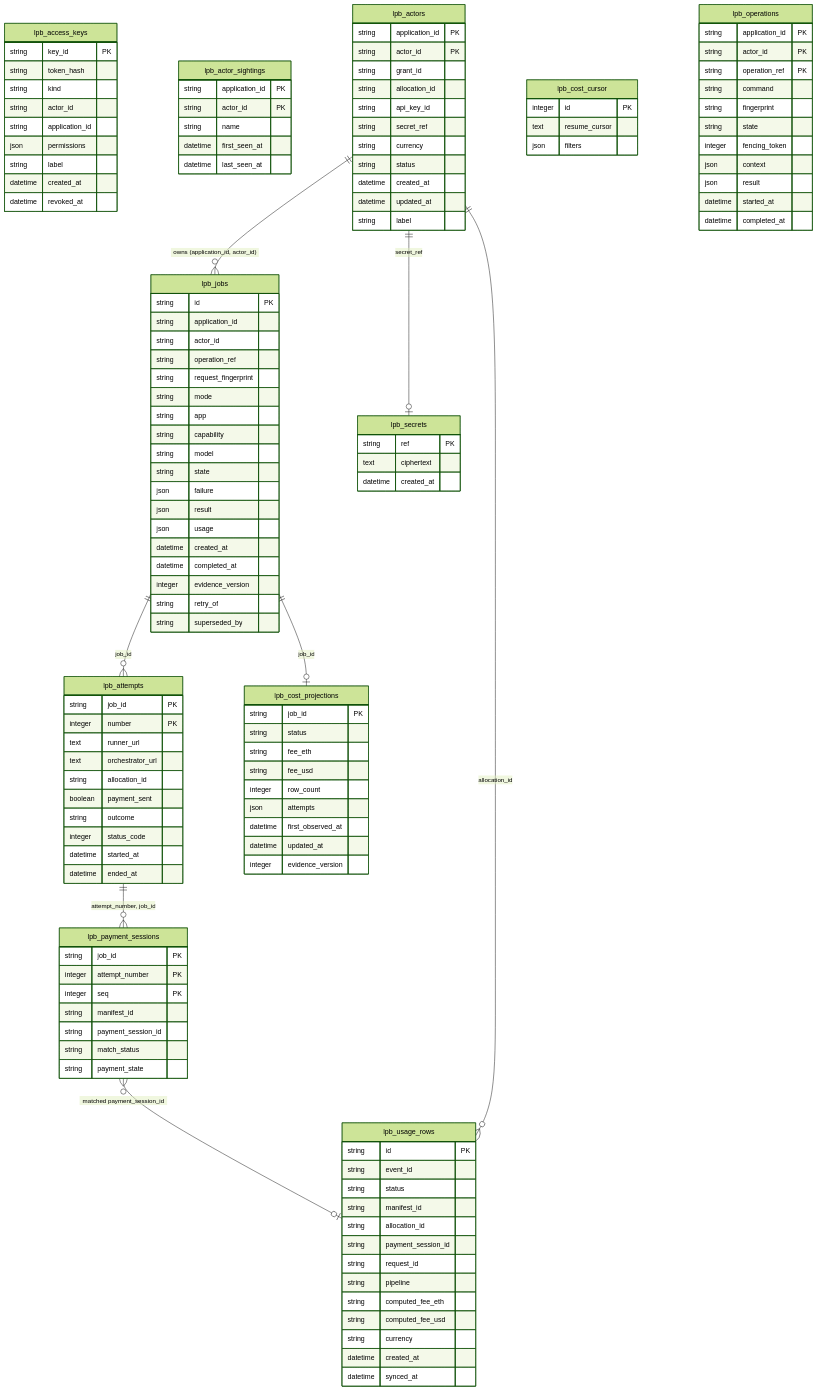
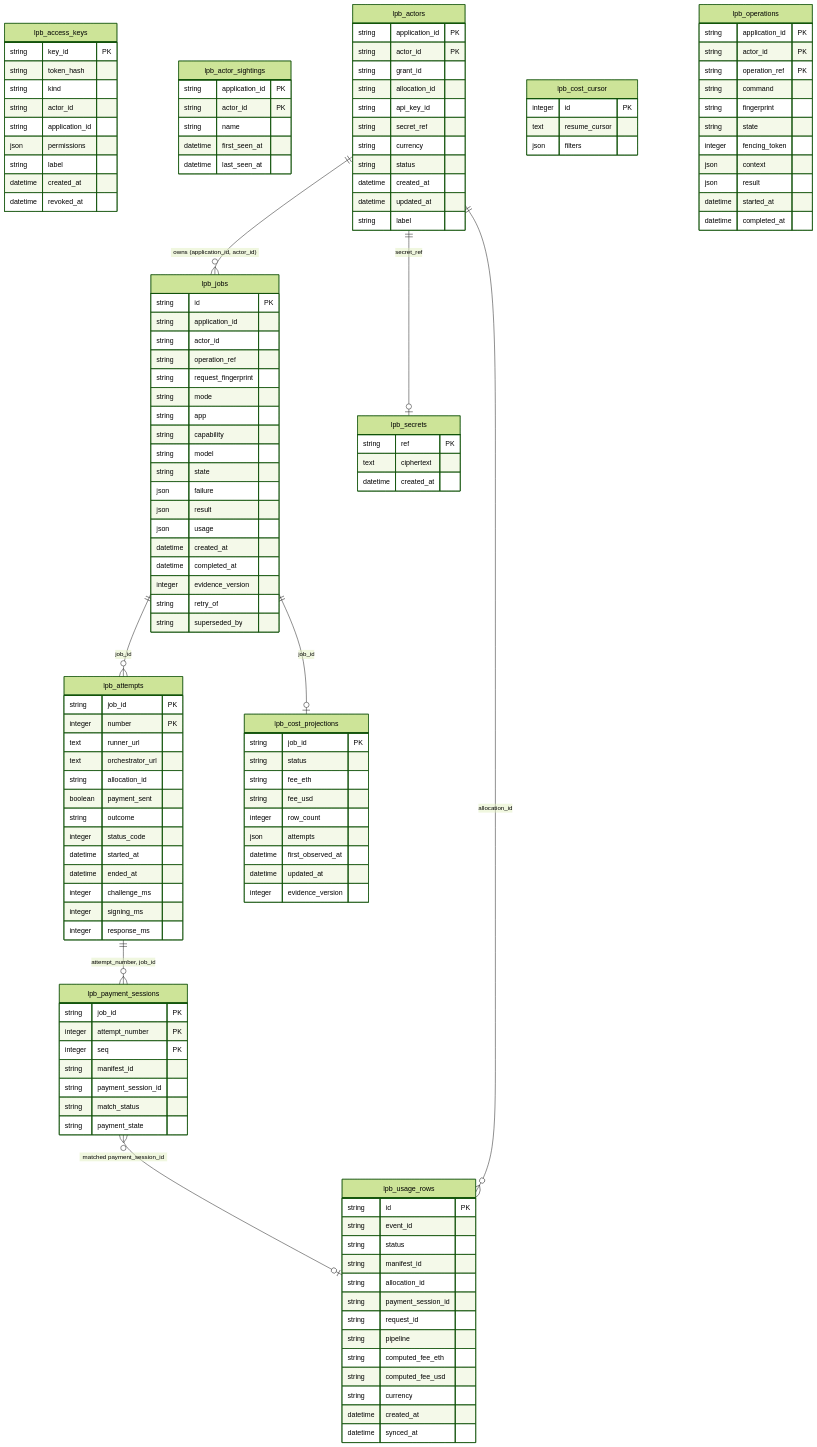
The diagram in docs/generated/db-schema.md (NE-Build-Track/livepeer-builder-core), drawn with Mermaid (forest theme) before and after one commit. The commit also changed other lines of this file and 23 other files, not shown here.

```diff
--- a/docs/generated/db-schema.md
+++ b/docs/generated/db-schema.md
@@ -49,6 +49,9 @@
         integer status_code
         datetime started_at
         datetime ended_at
+        integer challenge_ms
+        integer signing_ms
+        integer response_ms
     }
     lpb_cost_cursor {
         integer id PK
```
